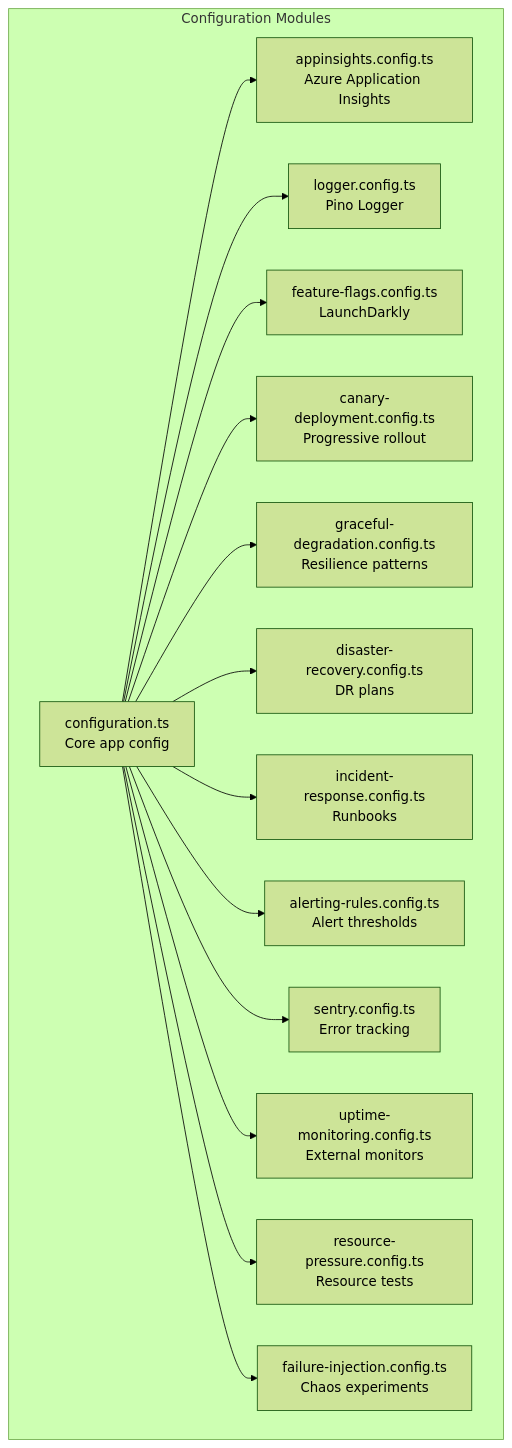
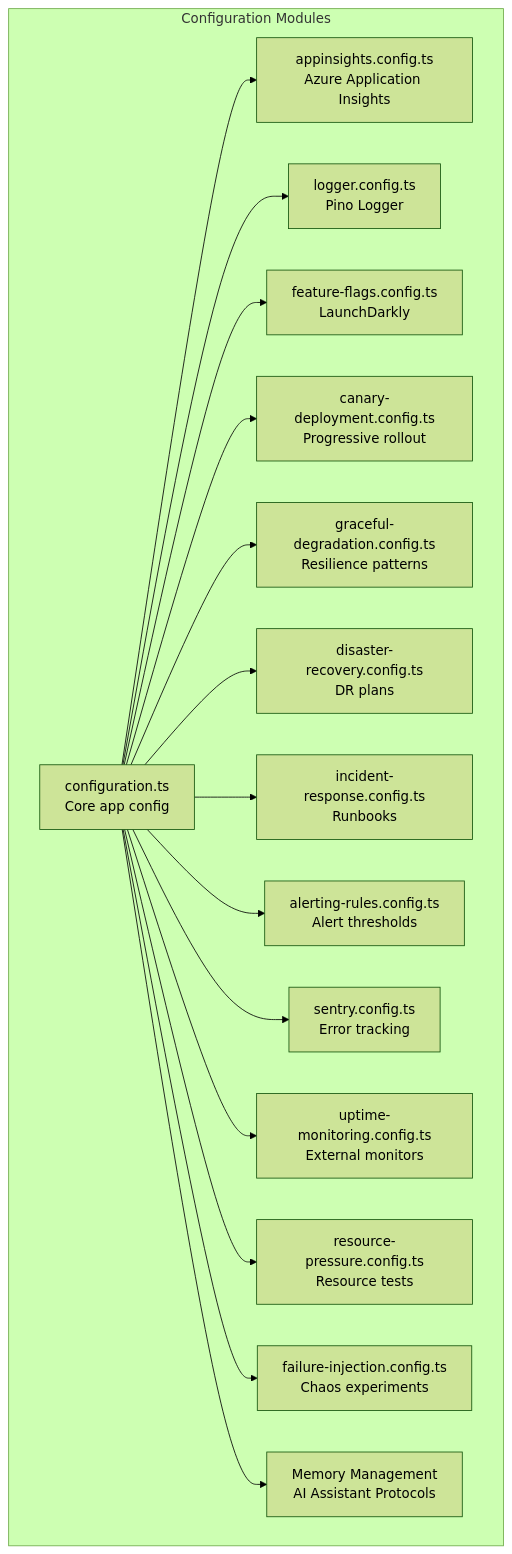
One commit to BAS-More/Quiz2Biz changed the first of 3 diagrams in .qoder/repowiki/en/content/Technical Reference/Configuration Management/Configuration Management.md. Above: the diagram before and after it, drawn with Mermaid (forest theme). The commit also changed other lines of this file and 3 other files, not shown here.

````diff
--- a/.qoder/repowiki/en/content/Technical Reference/Configuration Management/Configuration Management.md
+++ b/.qoder/repowiki/en/content/Technical Reference/Configuration Management/Configuration Management.md
@@ -37,30 +58,32 @@
 ```mermaid
 graph TB
 subgraph "Configuration Modules"
 A["configuration.ts<br/>Core app config"]
 B["appinsights.config.ts<br/>Azure Application Insights"]
 C["logger.config.ts<br/>Pino Logger"]
 D["feature-flags.config.ts<br/>LaunchDarkly"]
 E["canary-deployment.config.ts<br/>Progressive rollout"]
 F["graceful-degradation.config.ts<br/>Resilience patterns"]
 G["disaster-recovery.config.ts<br/>DR plans"]
 H["incident-response.config.ts<br/>Runbooks"]
 I["alerting-rules.config.ts<br/>Alert thresholds"]
 J["sentry.config.ts<br/>Error tracking"]
 K["uptime-monitoring.config.ts<br/>External monitors"]
 L["resource-pressure.config.ts<br/>Resource tests"]
 M["failure-injection.config.ts<br/>Chaos experiments"]
+N["Memory Management<br/>AI Assistant Protocols"]
 end
 A --> B
 A --> C
 A --> D
 A --> E
 A --> F
 A --> G
 A --> H
 A --> I
 A --> J
 A --> K
 A --> L
 A --> M
+A --> N
 ```
````
